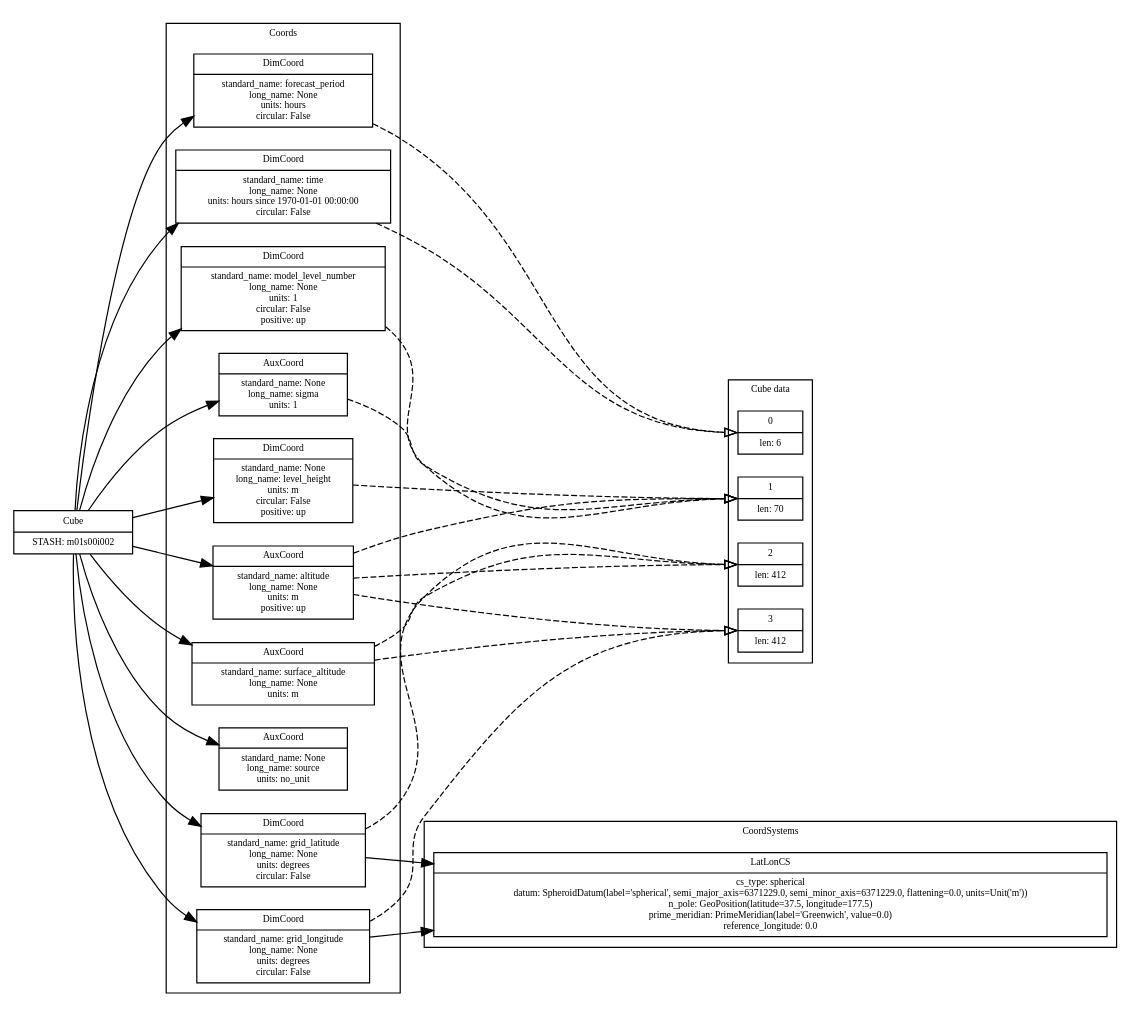
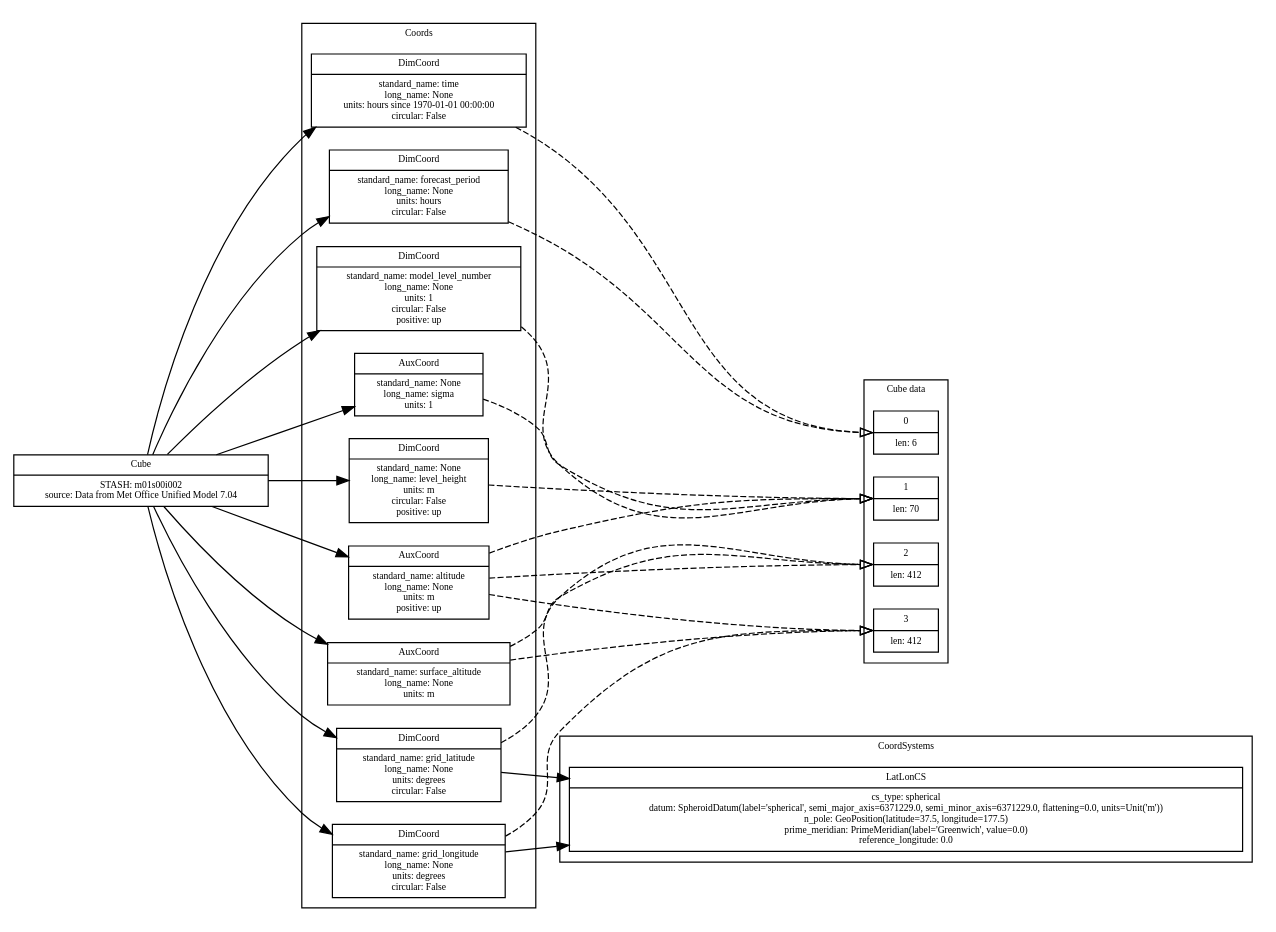
One commit to SciTools/iris-grib changed the diagram in etc/iris_tests_results/file_load/5d_pp.dot. Above: the diagram before and after it, drawn with Graphviz. The commit also changed 3 other files, not shown here.

Commit message:
Convert source from coord to attribute. Fixes #10

```diff
--- a/etc/iris_tests_results/file_load/5d_pp.dot
+++ b/etc/iris_tests_results/file_load/5d_pp.dot
@@ -1,125 +1,121 @@
 
 digraph CubeGraph{
 
     rankdir = "LR"
     fontname = "Bitstream Vera Sans"
     fontsize = 8
 
     node [
         fontname = "Bitstream Vera Sans"
         fontsize = 8
         shape = "record"
     ]
 
 #   Nodes
     ":Cube" [
-        label = "Cube|STASH: m01s00i002"
+        label = "Cube|STASH: m01s00i002\nsource: Data from Met Office Unified Model 7.04"
     ]
 
     
     subgraph clusterCubeDimensions {
         label="Cube data"
     
         "CubeDimension_0" [
             label = "0|len: 6"
         ]
 
         "CubeDimension_1" [
             label = "1|len: 70"
         ]
 
         "CubeDimension_2" [
             label = "2|len: 412"
         ]
 
         "CubeDimension_3" [
             label = "3|len: 412"
         ]
 
     }
     
     
     subgraph clusterCoords {
         label = "Coords"
         "Coord_0" [
             label = "AuxCoord|standard_name: altitude\nlong_name: None\nunits: m\npositive: up"
         ]
         "Coord_1" [
             label = "DimCoord|standard_name: forecast_period\nlong_name: None\nunits: hours\ncircular: False"
         ]
         "Coord_2" [
             label = "DimCoord|standard_name: grid_latitude\nlong_name: None\nunits: degrees\ncircular: False"
         ]
         "Coord_3" [
             label = "DimCoord|standard_name: grid_longitude\nlong_name: None\nunits: degrees\ncircular: False"
         ]
         "Coord_4" [
             label = "DimCoord|standard_name: None\nlong_name: level_height\nunits: m\ncircular: False\npositive: up"
         ]
         "Coord_5" [
             label = "DimCoord|standard_name: model_level_number\nlong_name: None\nunits: 1\ncircular: False\npositive: up"
         ]
         "Coord_6" [
             label = "AuxCoord|standard_name: None\nlong_name: sigma\nunits: 1"
         ]
         "Coord_7" [
-            label = "AuxCoord|standard_name: None\nlong_name: source\nunits: no_unit"
+            label = "AuxCoord|standard_name: surface_altitude\nlong_name: None\nunits: m"
         ]
         "Coord_8" [
-            label = "AuxCoord|standard_name: surface_altitude\nlong_name: None\nunits: m"
-        ]
-        "Coord_9" [
             label = "DimCoord|standard_name: time\nlong_name: None\nunits: hours since 1970-01-01 00:00:00\ncircular: False"
         ]
 
     }
     
     
     subgraph clusterCoordSystems {
         label = "CoordSystems"
         "CoordSystem_LatLonCS_0" [
             label = "LatLonCS|cs_type: spherical\ndatum: SpheroidDatum(label='spherical', semi_major_axis=6371229.0, semi_minor_axis=6371229.0, flattening=0.0, units=Unit('m'))\nn_pole: GeoPosition(latitude=37.5, longitude=177.5)\nprime_meridian: PrimeMeridian(label='Greenwich', value=0.0)\nreference_longitude: 0.0"
         ]
 
     }
     
     edge [
         arrowhead = "normal"
     ]
 
 #   RELATIONSHIPS
 
 #   Containment
     
     ":Cube" -> "Coord_0"
     ":Cube" -> "Coord_1"
     "Coord_2" -> "CoordSystem_LatLonCS_0"
     ":Cube" -> "Coord_2"
     "Coord_3" -> "CoordSystem_LatLonCS_0"
     ":Cube" -> "Coord_3"
     ":Cube" -> "Coord_4"
     ":Cube" -> "Coord_5"
     ":Cube" -> "Coord_6"
     ":Cube" -> "Coord_7"
     ":Cube" -> "Coord_8"
-    ":Cube" -> "Coord_9"
     edge [
         style="dashed"
         arrowhead = "onormal"
     ]
 
 #   Association
     
     "Coord_0" -> "CubeDimension_1":w
     "Coord_0" -> "CubeDimension_2":w
     "Coord_0" -> "CubeDimension_3":w
     "Coord_1" -> "CubeDimension_0":w
     "Coord_2" -> "CubeDimension_2":w
     "Coord_3" -> "CubeDimension_3":w
     "Coord_4" -> "CubeDimension_1":w
     "Coord_5" -> "CubeDimension_1":w
     "Coord_6" -> "CubeDimension_1":w
-    "Coord_8" -> "CubeDimension_2":w
-    "Coord_8" -> "CubeDimension_3":w
-    "Coord_9" -> "CubeDimension_0":w
+    "Coord_7" -> "CubeDimension_2":w
+    "Coord_7" -> "CubeDimension_3":w
+    "Coord_8" -> "CubeDimension_0":w
 }
```
